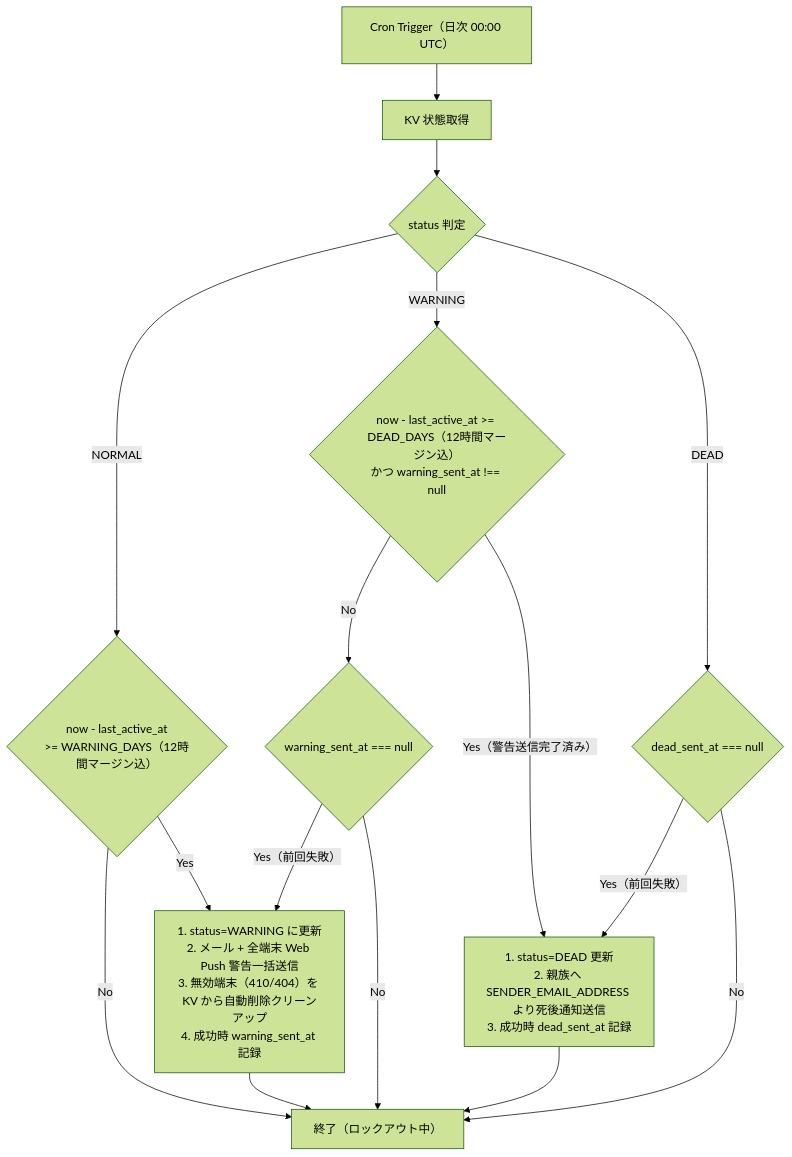
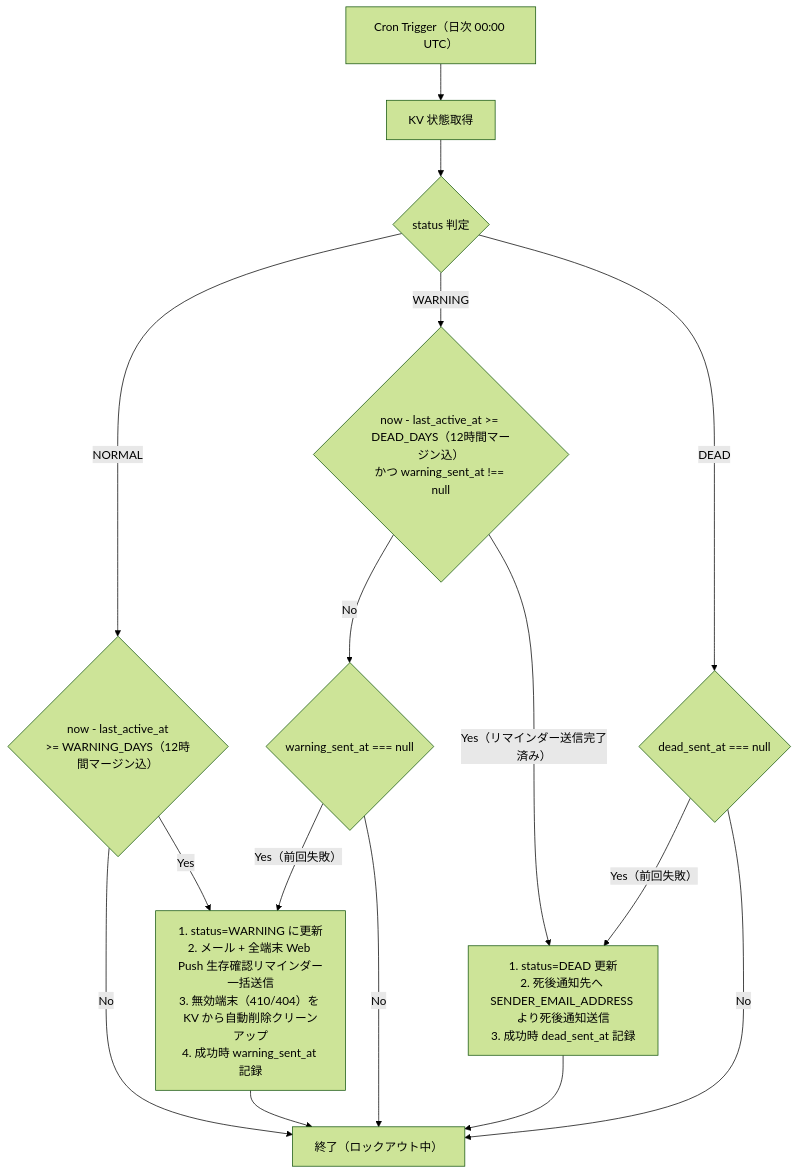
One commit to shiguruikai/dead-mans-switch changed the diagram in docs/ARCHITECTURE.md. Above: the diagram before and after it, drawn with Mermaid (forest theme). The commit also changed other lines of this file and 8 other files, not shown here.

````diff
--- a/docs/ARCHITECTURE.md
+++ b/docs/ARCHITECTURE.md
@@ -133,21 +133,21 @@
 ```mermaid
 flowchart TD
     Start["Cron Trigger（日次 00:00 UTC）"] --> Fetch["KV 状態取得"]
     Fetch --> CheckStatus{"status 判定"}
 
     CheckStatus -->|"NORMAL"| DiffW{"now - last_active_at\n>= WARNING_DAYS（12時間マージン込）"}
     DiffW -->|"No"| End["終了"]
-    DiffW -->|"Yes"| ActionW["1. status=WARNING に更新\n2. メール + 全端末 Web Push 警告一括送信\n3. 無効端末（410/404）を KV から自動削除クリーンアップ\n4. 成功時 warning_sent_at 記録"]
+    DiffW -->|"Yes"| ActionW["1. status=WARNING に更新\n2. メール + 全端末 Web Push 生存確認リマインダー一括送信\n3. 無効端末（410/404）を KV から自動削除クリーンアップ\n4. 成功時 warning_sent_at 記録"]
 
     CheckStatus -->|"WARNING"| DiffD{"now - last_active_at >= DEAD_DAYS（12時間マージン込）\nかつ warning_sent_at !== null"}
     DiffD -->|"No"| CheckWRetry{"warning_sent_at === null"}
     CheckWRetry -->|"Yes（前回失敗）"| ActionW
     CheckWRetry -->|"No"| End
-    DiffD -->|"Yes（警告送信完了済み）"| ActionD["1. status=DEAD 更新\n2. 親族へ SENDER_EMAIL_ADDRESS より死後通知送信\n3. 成功時 dead_sent_at 記録"]
+    DiffD -->|"Yes（リマインダー送信完了済み）"| ActionD["1. status=DEAD 更新\n2. 死後通知先へ SENDER_EMAIL_ADDRESS より死後通知送信\n3. 成功時 dead_sent_at 記録"]
 
     CheckStatus -->|"DEAD"| CheckDeadRetry{"dead_sent_at === null"}
     CheckDeadRetry -->|"Yes（前回失敗）"| ActionD
     CheckDeadRetry -->|"No"| End["終了（ロックアウト中）"]
     ActionW --> End
     ActionD --> End
 ```
````
